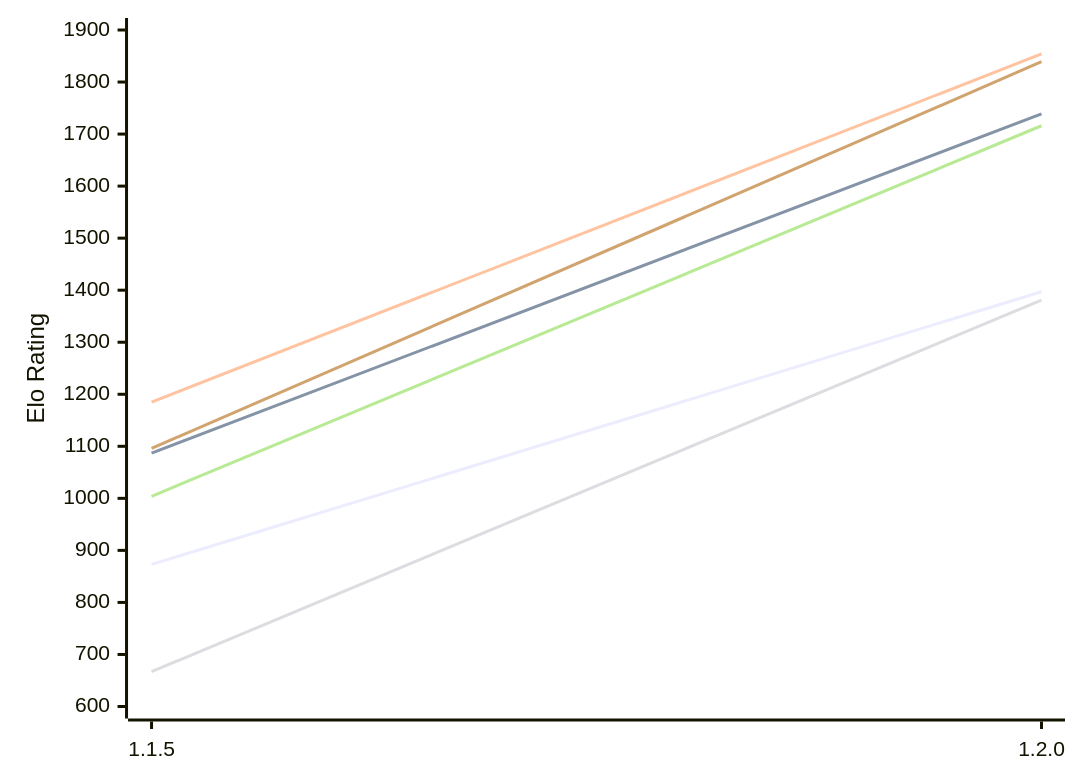
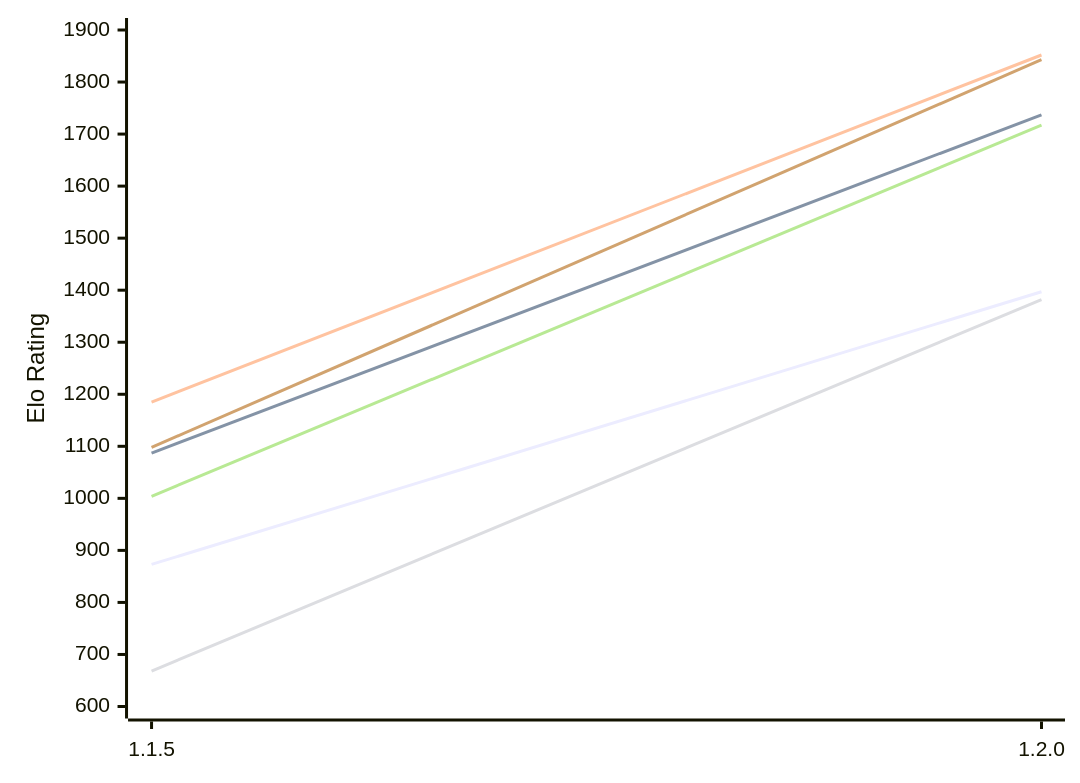
Before and after one commit to computer-chess-index/cci: the first of 2 diagrams in engines/ChessCore.md, drawn with Mermaid. The commit also changed other lines of this file, not shown here.

Commit message:
Update CCI Ratings (ELO VLTC) - 2026-11-23

````diff
--- a/engines/ChessCore.md
+++ b/engines/ChessCore.md
@@ -53,12 +53,12 @@
 ```mermaid
 %%{init: {"theme":"base","themeVariables":{"seriesColors:['#a3a3a3','#222221','#faa371']}}}%%
 xychart-beta
   x-axis ["1.1.5", "1.2.0"]
   y-axis "Elo Rating" 600 --> 1900
   line "E1: STC (8.0+0.08s)" [873, 1397]
-  line "E1: LTC (60.0+0.60s)" [1087, 1739]
-  line "E1: VLTC (2m24s+1.12s)" [1185, 1854]
-  line "P1: STC (8.0+0.08s)" [667, 1381]
-  line "P1: LTC (60.0+0.60s)" [1004, 1716]
-  line "P1: VLTC (2m24s+1.12s)" [1096, 1839]
+  line "E1: LTC (60.0+0.60s)" [1087, 1737]
+  line "E1: VLTC (2m24s+1.12s)" [1185, 1852]
+  line "P1: STC (8.0+0.08s)" [668, 1382]
+  line "P1: LTC (60.0+0.60s)" [1004, 1717]
+  line "P1: VLTC (2m24s+1.12s)" [1098, 1843]
 ```
````
